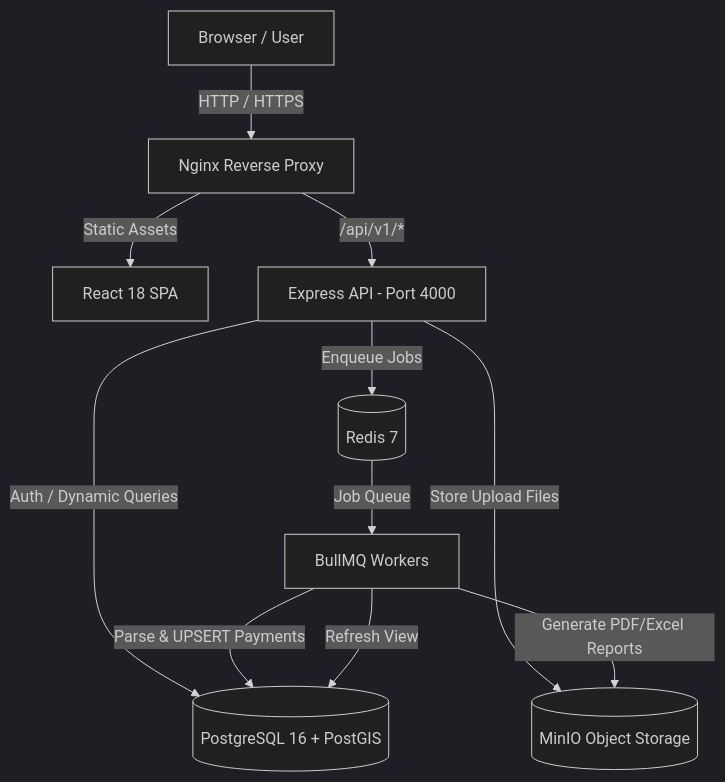
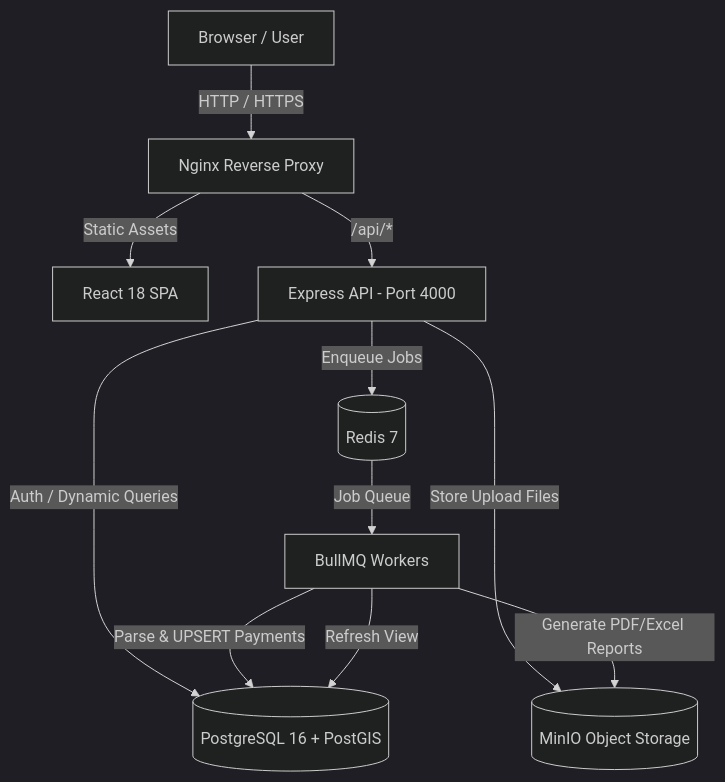
Before and after one commit to noah-isme/petakeu: the first of 4 diagrams in docs/ARCHITECTURE.md, drawn with Mermaid (dark theme). The commit also changed other lines of this file and 52 other files, not shown here.

Commit message:
feat: add analytics governance and observability roadmap

````diff
--- a/docs/ARCHITECTURE.md
+++ b/docs/ARCHITECTURE.md
@@ -61,15 +62,15 @@
 ```mermaid
 flowchart TD
     Client[Browser / User] -->|HTTP / HTTPS| Nginx[Nginx Reverse Proxy]
     Nginx -->|Static Assets| ReactApp[React 18 SPA]
-    Nginx -->|/api/v1/*| Express[Express API - Port 4000]
+    Nginx -->|/api/*| Express[Express API - Port 4000]
 
     Express -->|Auth / Dynamic Queries| Postgres[(PostgreSQL 16 + PostGIS)]
     Express -->|Enqueue Jobs| Redis[(Redis 7)]
     Express -->|Store Upload Files| MinIO[(MinIO Object Storage)]
 
     Redis -->|Job Queue| Workers[BullMQ Workers]
     Workers -->|Parse & UPSERT Payments| Postgres
     Workers -->|Generate PDF/Excel Reports| MinIO
     Workers -->|Refresh View| Postgres
 ```
````
